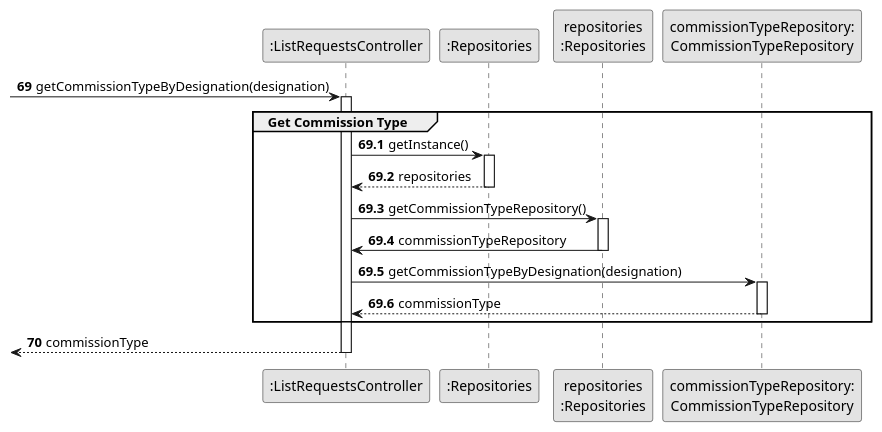
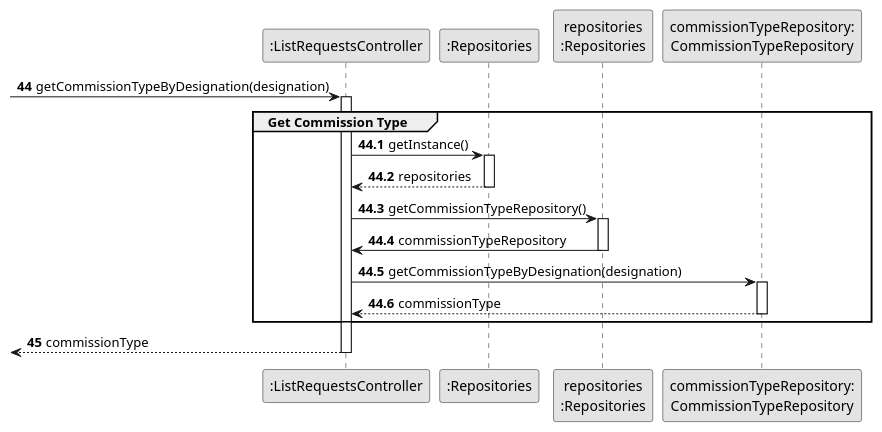
One commit to rita-barbosa/LAPR2-2223 changed the diagram in docs/sprintC/us008/03.design/puml/us008-sequence-diagram-partial-get-commission-type.puml. Above: the diagram before and after it, drawn with PlantUML. The commit also changed 13 other files, not shown here.

```diff
--- a/docs/sprintC/us008/03.design/puml/us008-sequence-diagram-partial-get-commission-type.puml
+++ b/docs/sprintC/us008/03.design/puml/us008-sequence-diagram-partial-get-commission-type.puml
@@ -1,44 +1,44 @@
 @startuml
 skinparam monochrome true
 skinparam packageStyle rectangle
 skinparam shadowing false
 
 participant ":ListRequestsController" as CTRL
 participant ":Repositories" as RepositorySingleton
 participant "repositories\n:Repositories" as PLAT
 participant "commissionTypeRepository:\nCommissionTypeRepository" as CommissionTypeRepository
 
-autonumber 69
+autonumber 44
 -> CTRL : getCommissionTypeByDesignation(designation)
 
-autonumber 69.1
+autonumber 44.1
 
 activate CTRL
     group Get Commission Type
         CTRL -> RepositorySingleton : getInstance()
         activate RepositorySingleton
 
             RepositorySingleton --> CTRL: repositories
         deactivate RepositorySingleton
 
         CTRL -> PLAT : getCommissionTypeRepository()
         activate PLAT
 
             PLAT -> CTRL : commissionTypeRepository
         deactivate PLAT
 
         CTRL -> CommissionTypeRepository : getCommissionTypeByDesignation(designation)
         activate CommissionTypeRepository
 
             CommissionTypeRepository --> CTRL : commissionType
         deactivate CommissionTypeRepository
 
     end group
 
-    autonumber 70
+    autonumber 45
     <-- CTRL : commissionType
 
 deactivate CTRL
 
 
 @enduml
```
